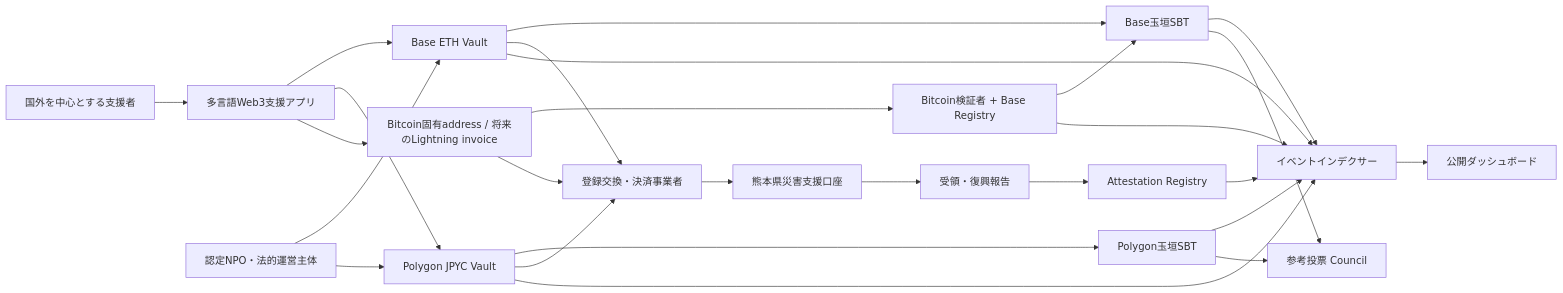
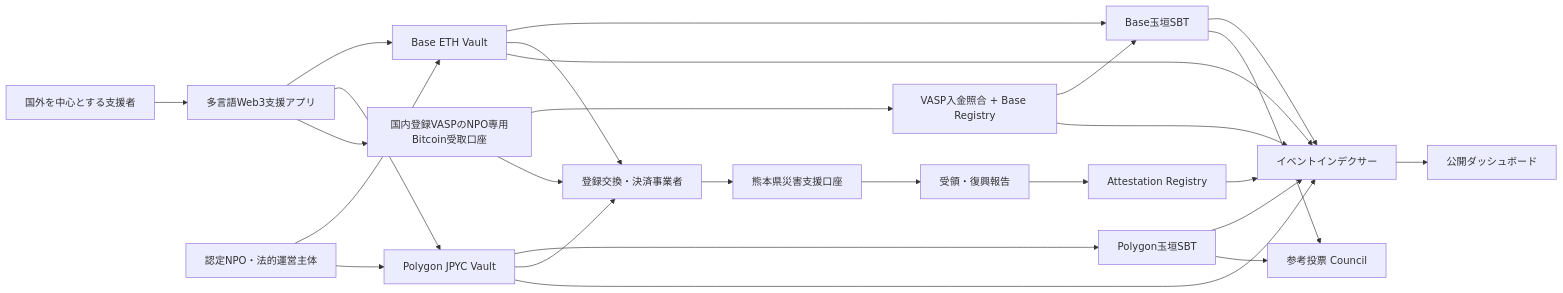
The first of 8 diagrams in docs/architecture.md (ShigeichiroYamasaki/yui-no-kaki-kumamoto), drawn with Mermaid before and after one commit. The commit also changed other lines of this file and 17 other files, not shown here.

````diff
--- a/docs/architecture.md
+++ b/docs/architecture.md
@@ -5,28 +7,28 @@
 ```mermaid
 flowchart LR
   S[国外を中心とする支援者] --> W[多言語Web3支援アプリ]
   W --> BV[Base ETH Vault]
   W --> PV[Polygon JPYC Vault]
-  W --> BTC[Bitcoin固有address / 将来のLightning invoice]
-  BTC --> BR[Bitcoin検証者 + Base Registry]
+  W --> BTC[国内登録VASPのNPO専用Bitcoin受取口座]
+  BTC --> BR[VASP入金照合 + Base Registry]
   N["認定NPO・法的運営主体"] --> BV
   N --> PV
   BV --> BT[Base玉垣SBT]
   PV --> PT[Polygon玉垣SBT]
   BR --> BT
   BV --> X[登録交換・決済事業者]
   PV --> X
   BTC --> X
   X --> K[熊本県災害支援口座]
   K --> A[受領・復興報告]
   A --> R[Attestation Registry]
   BV --> I[イベントインデクサー]
   PV --> I
   BT --> I
   PT --> I
   BR --> I
   R --> I
   I --> D[公開ダッシュボード]
   BT --> C[参考投票 Council]
   PT --> C
 ```
````
